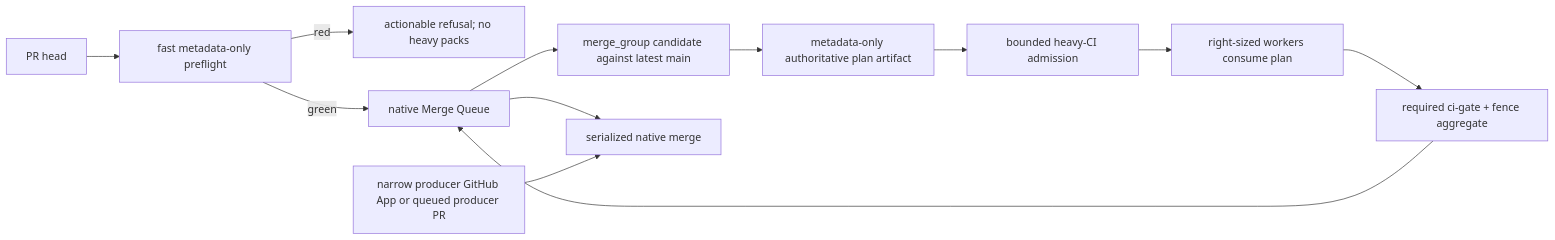
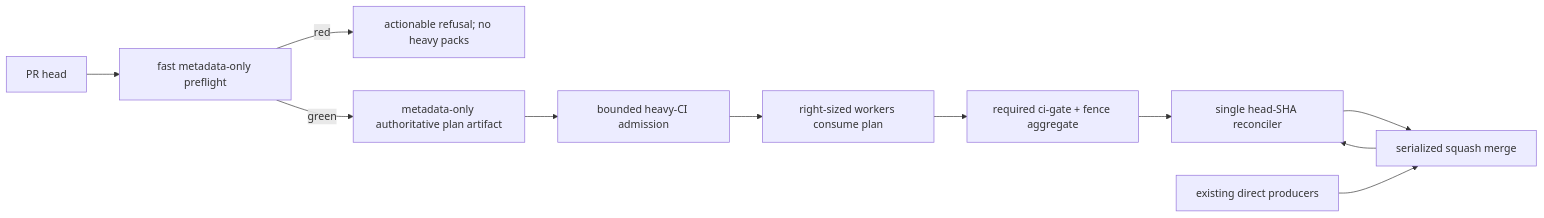
The second of 2 diagrams in docs/ci-control-plane-incident-2026-08-13.md (chriswong6031-creator/macro), drawn with Mermaid before and after one commit. The commit also changed other lines of this file and 3 other files, not shown here.

Commit message:
ci: reconcile native queue decision

````diff
--- a/docs/ci-control-plane-incident-2026-08-13.md
+++ b/docs/ci-control-plane-incident-2026-08-13.md
@@ -384,14 +394,13 @@
 ```mermaid
 flowchart LR
     PR["PR head"] --> PRE["fast metadata-only preflight"]
     PRE -->|"red"| STOP["actionable refusal; no heavy packs"]
-    PRE -->|"green"| QUEUE["native Merge Queue"]
-    QUEUE --> MG["merge_group candidate against latest main"]
-    MG --> PLAN["metadata-only authoritative plan artifact"]
+    PRE -->|"green"| PLAN["metadata-only authoritative plan artifact"]
     PLAN --> ADMIT["bounded heavy-CI admission"]
     ADMIT --> PACK["right-sized workers consume plan"]
     PACK --> GATE["required ci-gate + fence aggregate"]
-    GATE --> QUEUE
-    QUEUE --> MAIN["serialized native merge"]
-    PRODUCER["narrow producer GitHub App or queued producer PR"] --> MAIN
+    GATE --> RECON["single head-SHA reconciler"]
+    RECON --> MAIN["serialized squash merge"]
+    PRODUCER["existing direct producers"] --> MAIN
+    MAIN --> RECON
 ```
````
